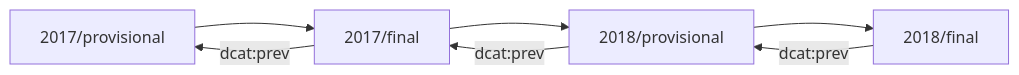
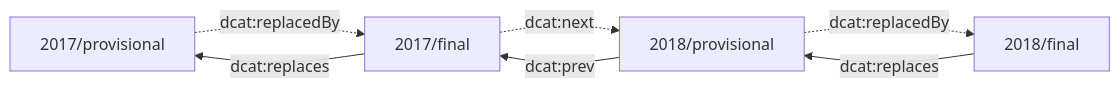
Before and after one commit to ONSdigital/application-profile: the fourth of 13 diagrams in README.md, drawn with Mermaid. The commit also changed other lines of this file, not shown here.

````diff
--- a/README.md
+++ b/README.md
@@ -834,12 +850,17 @@
 ```mermaid
 flowchart LR
 
-    2017/provisional --> 2017/final
-    2017/final --> 2018/provisional
-    2018/provisional --> 2018/final
+		2017p[2017/provisional]
+		2017f[2017/final]
+		2018p[2018/provisional]
+		2018f[2018/final]
 
-    2017/final -->|dcat:prev| 2017/provisional
-    2018/provisional -->|dcat:prev| 2017/final
-    2018/final -->|dcat:prev| 2018/provisional
+    2017p -.->|dcat:replacedBy| 2017f
+    2017f -.->|dcat:next| 2018p
+    2018p -.->|dcat:replacedBy| 2018f
+
+    2017f -->|dcat:replaces| 2017p
+    2018p -->|dcat:prev| 2017f
+    2018f -->|dcat:replaces| 2018p
    
 ```
````
